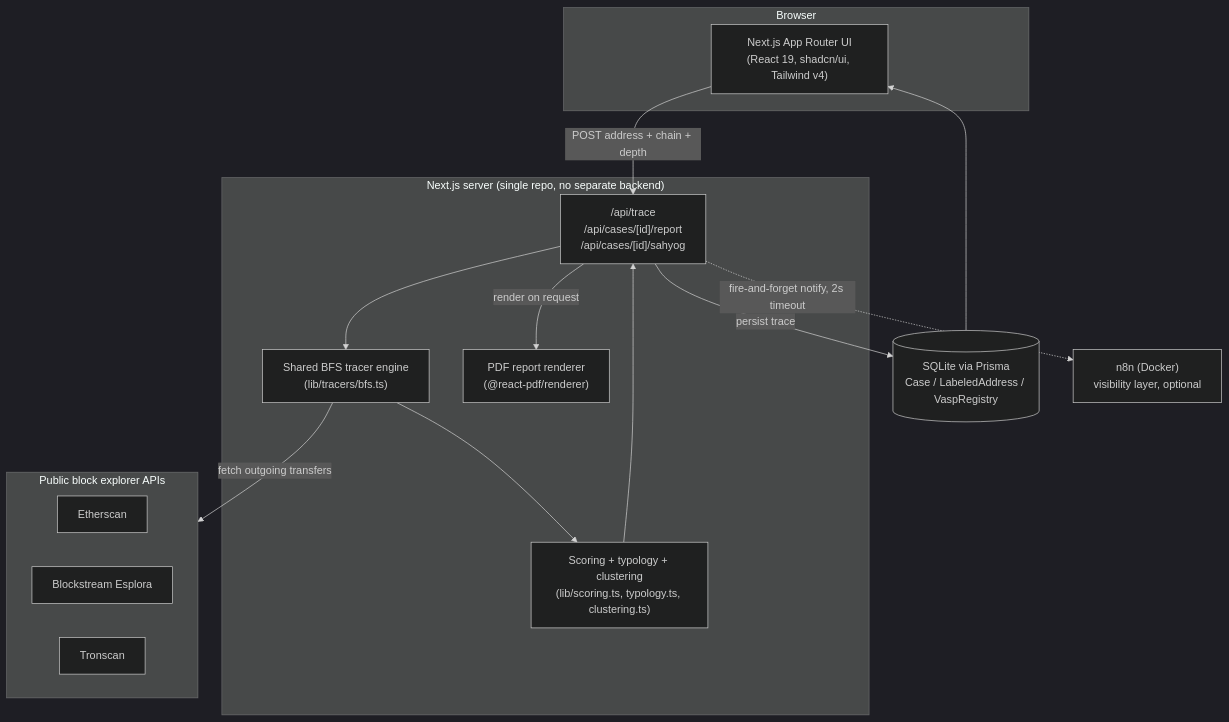
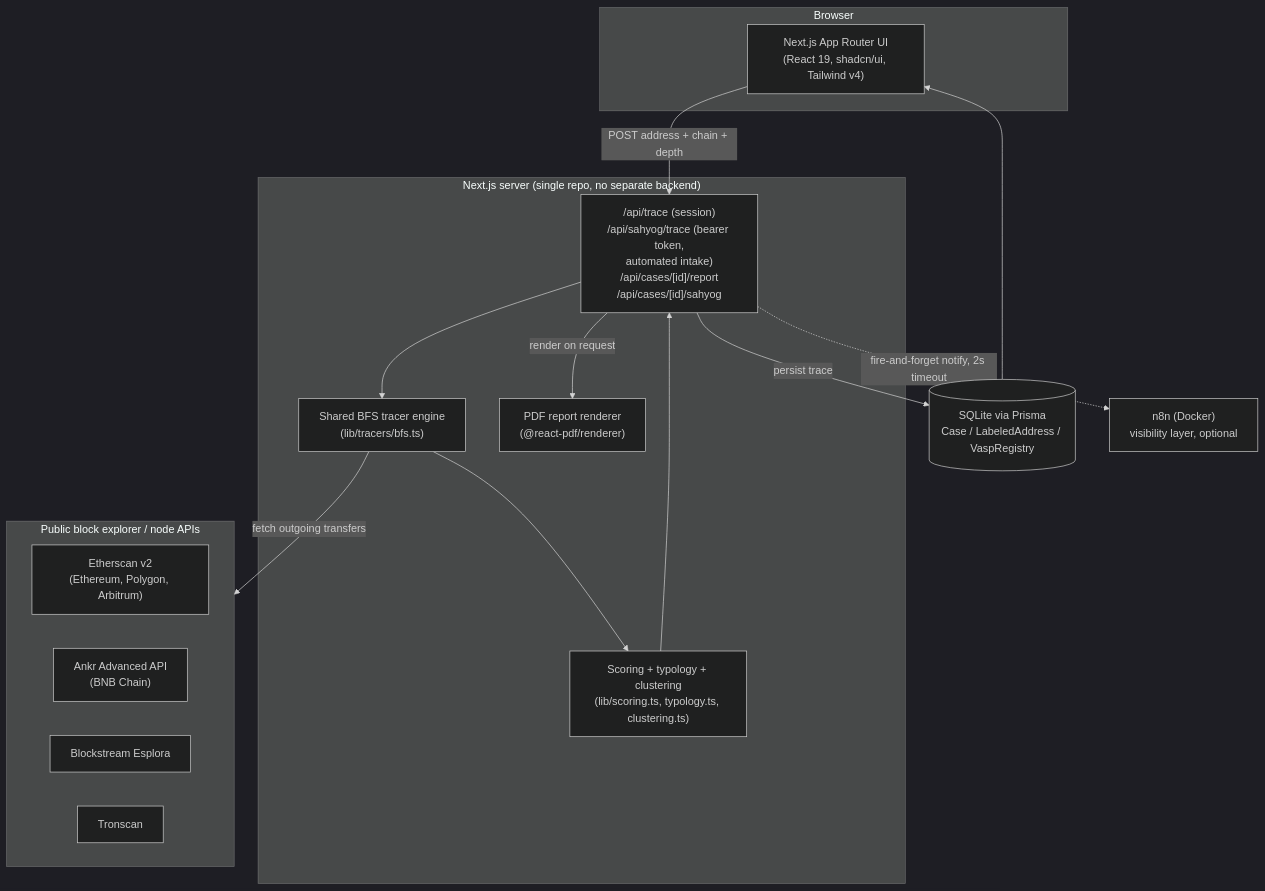
One commit to kryyo1441/vasptrace changed the first of 4 diagrams in docs/PITCH.md. Above: the diagram before and after it, drawn with Mermaid (dark theme). The commit also changed other lines of this file and 7 other files, not shown here.

First line of the commit message:
Add VASPtrace pitch-deck content and update roadmap

````diff
--- a/docs/PITCH.md
+++ b/docs/PITCH.md
@@ -98,33 +98,34 @@
 ```mermaid
 flowchart TB
     subgraph Client["Browser"]
         UI["Next.js App Router UI\n(React 19, shadcn/ui, Tailwind v4)"]
     end
 
     subgraph Server["Next.js server (single repo, no separate backend)"]
-        API["/api/trace\n/api/cases/[id]/report\n/api/cases/[id]/sahyog"]
+        API["/api/trace (session)\n/api/sahyog/trace (bearer token,\nautomated intake)\n/api/cases/[id]/report\n/api/cases/[id]/sahyog"]
         BFS["Shared BFS tracer engine\n(lib/tracers/bfs.ts)"]
         Score["Scoring + typology + clustering\n(lib/scoring.ts, typology.ts, clustering.ts)"]
         PDF["PDF report renderer\n(@react-pdf/renderer)"]
     end
 
     DB[("SQLite via Prisma\nCase / LabeledAddress / VaspRegistry")]
 
-    subgraph Chains["Public block explorer APIs"]
-        ETH["Etherscan"]
+    subgraph Chains["Public block explorer / node APIs"]
+        ETH["Etherscan v2\n(Ethereum, Polygon, Arbitrum)"]
+        ANKR["Ankr Advanced API\n(BNB Chain)"]
         BTC["Blockstream Esplora"]
         TRX["Tronscan"]
     end
 
     N8N["n8n (Docker)\nvisibility layer, optional"]
 
     UI -->|"POST address + chain + depth"| API
     API --> BFS
     BFS -->|"fetch outgoing transfers"| Chains
     BFS --> Score
     Score --> API
     API -->|"persist trace"| DB
     API -->|"render on request"| PDF
     API -.->|"fire-and-forget notify, 2s timeout"| N8N
     DB --> UI
 ```
````
